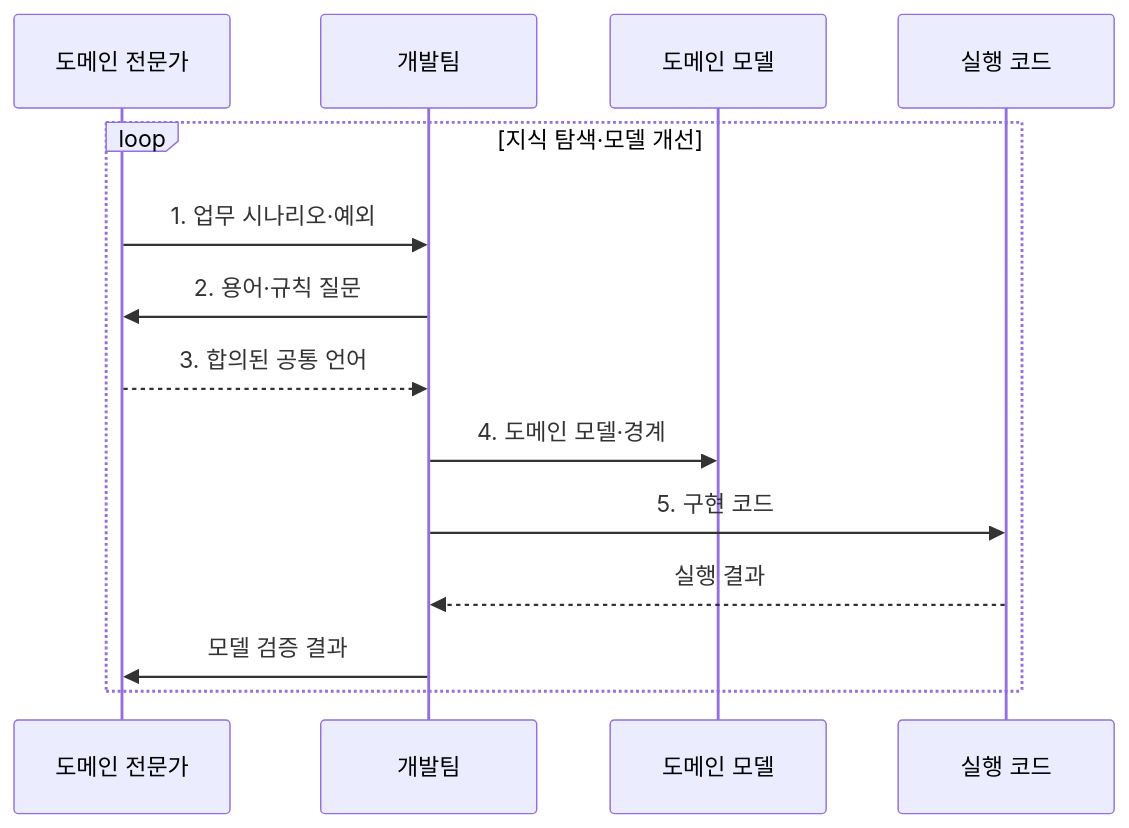
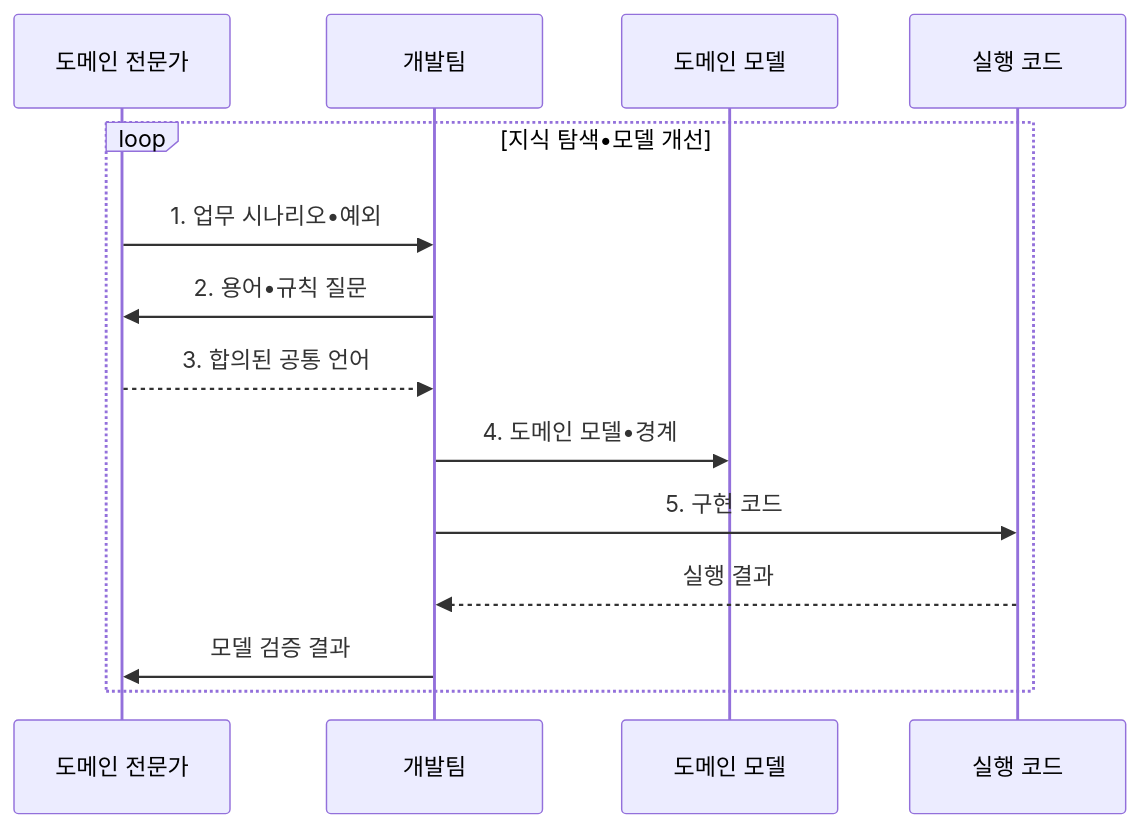
The second of 2 diagrams in src/content/docs/notes/03-software/049_domain_driven_design.md (agnusdei1207/knowledge-base), drawn with Mermaid before and after one commit. The commit also changed other lines of this file and 953 other files, not shown here.

````diff
--- a/src/content/docs/notes/03-software/049_domain_driven_design.md
+++ b/src/content/docs/notes/03-software/049_domain_driven_design.md
@@ -105,16 +105,16 @@
 ```mermaid
 sequenceDiagram
     participant E as 도메인 전문가
     participant D as 개발팀
     participant M as 도메인 모델
     participant C as 실행 코드
-    loop 지식 탐색·모델 개선
-        E->>D: 1. 업무 시나리오·예외
-        D->>E: 2. 용어·규칙 질문
+    loop 지식 탐색•모델 개선
+        E->>D: 1. 업무 시나리오•예외
+        D->>E: 2. 용어•규칙 질문
         E-->>D: 3. 합의된 공통 언어
-        D->>M: 4. 도메인 모델·경계
+        D->>M: 4. 도메인 모델•경계
         D->>C: 5. 구현 코드
         C-->>D: 실행 결과
         D->>E: 모델 검증 결과
     end
 ```
````
